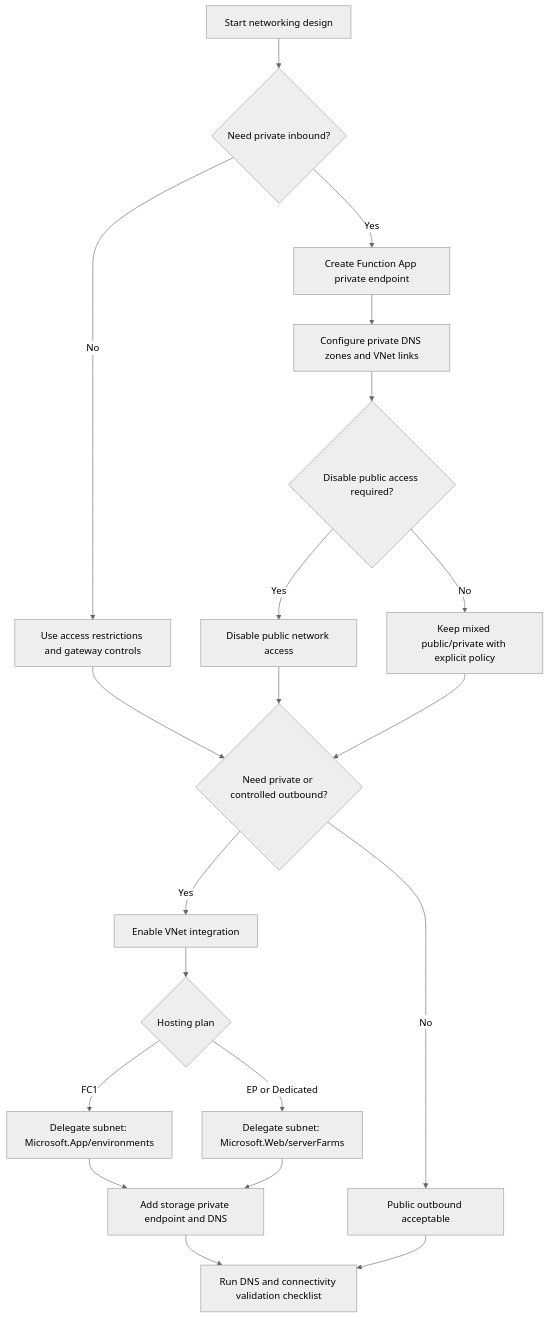
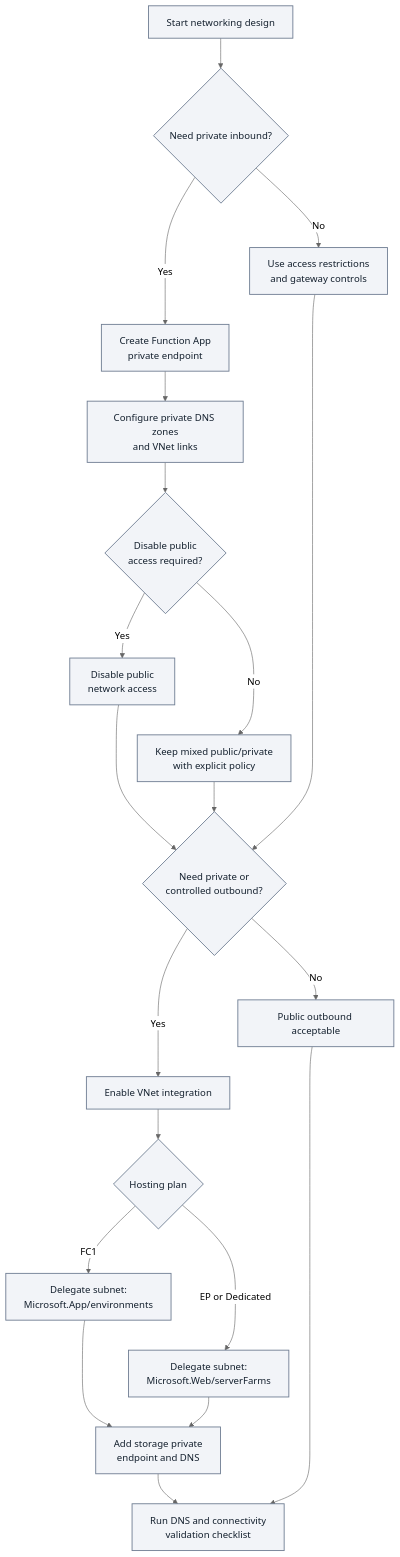
One commit to yeongseon/azure-functions-practical-guide changed the third of 3 diagrams in docs/best-practices/networking.md. Above: the diagram before and after it, drawn with Mermaid (neutral theme). The commit also changed other lines of this file and 2 other files, not shown here.

First line of the commit message:
docs(diagrams): migrate Functions ingress, egress and private DNS decision flows (#417)

````diff
--- a/docs/best-practices/networking.md
+++ b/docs/best-practices/networking.md
@@ -328,22 +347,31 @@
 ```mermaid
 flowchart TD
+    accTitle: Functions ingress and egress design decisions
+    accDescr: Illustrative design checklist preserves private-inbound Yes and No branches, both public-access policy outcomes, private or controlled outbound choices, FC1 versus EP or Dedicated delegation, storage endpoint and DNS planning, and final validation. Check hosting-plan support before applying the selected actions.
     S[Start networking design] --> I{Need private inbound?}
-    I -->|Yes| PE[Create Function App private endpoint]
-    I -->|No| AR[Use access restrictions and gateway controls]
-    PE --> D1[Configure private DNS zones and VNet links]
-    D1 --> P1{Disable public access required?}
-    P1 -->|Yes| DP[Disable public network access]
-    P1 -->|No| MP["Keep mixed public/private with explicit policy"]
-    AR --> O{Need private or controlled outbound?}
+    I -->|Yes| PE["Create Function App<br/>private endpoint"]
+    I -->|No| AR["Use access restrictions<br/>and gateway controls"]
+    PE --> D1["Configure private DNS zones<br/>and VNet links"]
+    D1 --> P1{"Disable public<br/>access required?"}
+    P1 -->|Yes| DP["Disable public<br/>network access"]
+    P1 -->|No| MP["Keep mixed public/private<br/>with explicit policy"]
+    AR --> O{"Need private or<br/>controlled outbound?"}
     DP --> O
     MP --> O
     O -->|Yes| VI[Enable VNet integration]
     O -->|No| PUB[Public outbound acceptable]
     VI --> SUB{Hosting plan}
-    SUB -->|FC1| DEL1["Delegate subnet: Microsoft.App/environments"]
-    SUB -->|EP or Dedicated| DEL2["Delegate subnet: Microsoft.Web/serverFarms"]
-    DEL1 --> ST[Add storage private endpoint and DNS]
+    SUB -->|FC1| DEL1["Delegate subnet:<br/>Microsoft.App/environments"]
+    SUB -->|EP or Dedicated| DEL2["Delegate subnet:<br/>Microsoft.Web/serverFarms"]
+    DEL1 --> ST["Add storage private<br/>endpoint and DNS"]
     DEL2 --> ST
-    ST --> VAL[Run DNS and connectivity validation checklist]
+    ST --> VAL["Run DNS and connectivity<br/>validation checklist"]
     PUB --> VAL
+    %% Layout-only links serialize alternatives; add no design steps or arrows.
+    AR ~~~ PE
+    DP ~~~ MP
+    PUB ~~~ VI
+    DEL1 ~~~ DEL2
+    classDef neutral fill:#f2f4f8,stroke:#707e93,stroke-width:1.5px,color:#14202e;
+    class S,I,PE,AR,D1,P1,DP,MP,O,VI,PUB,SUB,DEL1,DEL2,ST,VAL neutral;
 ```
````
